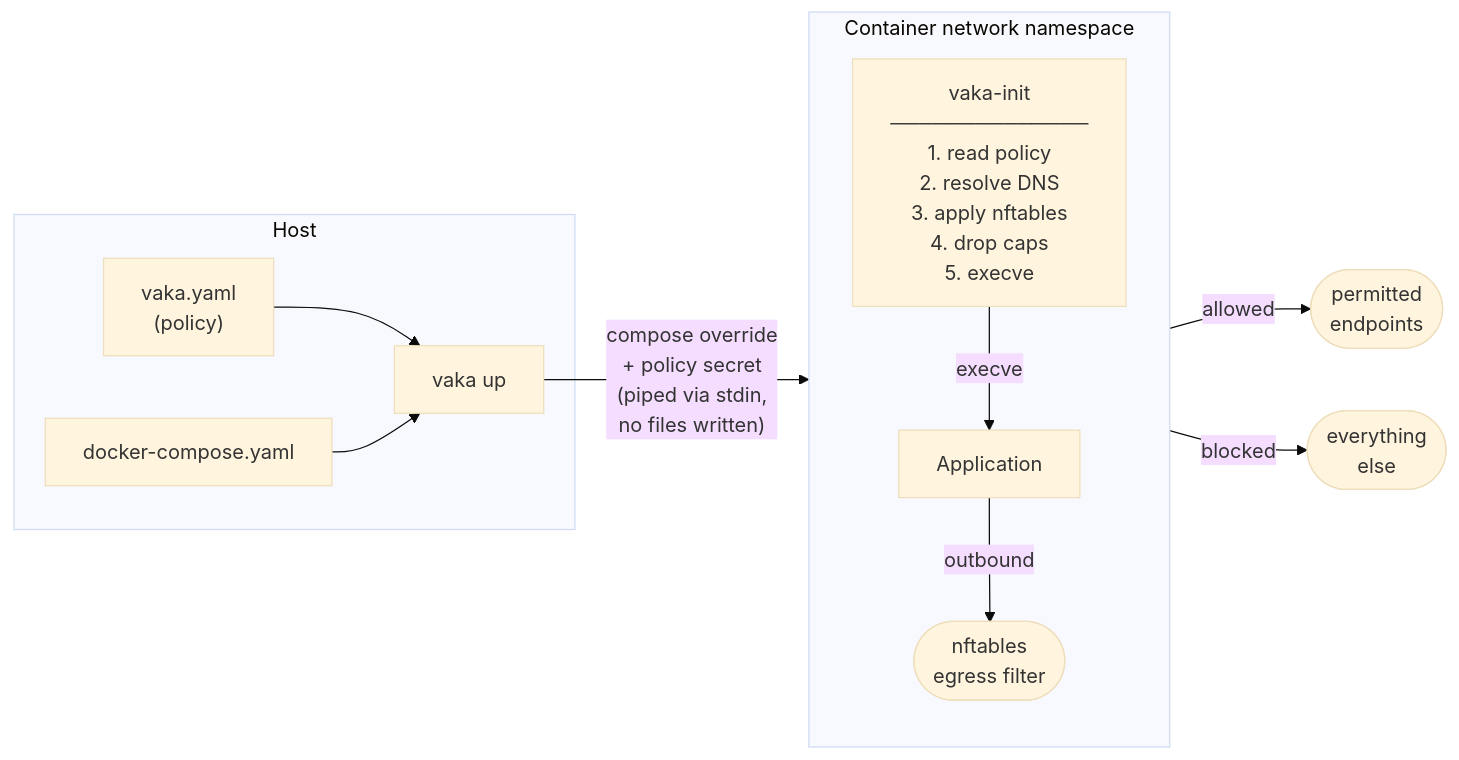
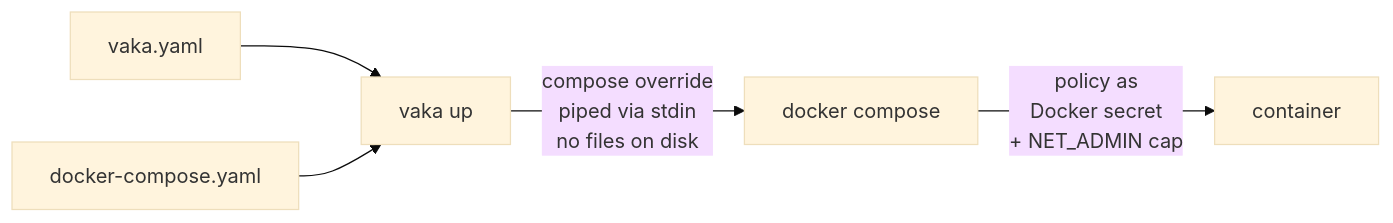
Before and after one commit to infrasecture/vaka: the first of 2 diagrams in README.md, drawn with Mermaid (base theme). The commit also changed other lines of this file and 5 other files, not shown here.

Commit message:
build: Docker-based build script with static enforcement and versioning; fix go.sum; simplify diagrams

````diff
--- a/README.md
+++ b/README.md
@@ -39,23 +41,7 @@
 ```mermaid
 flowchart LR
-    subgraph host["Host"]
-        vf["vaka.yaml\n(policy)"]
-        cf["docker-compose.yaml"]
-        cli["vaka up"]
-    end
-
-    subgraph net["Container network namespace"]
-        direction TB
-        init["vaka-init\n──────────────\n1. read policy\n2. resolve DNS\n3. apply nftables\n4. drop caps\n5. execve"]
-        app["Application"]
-        fw(["nftables\negress filter"])
-    end
-
-    vf --> cli
-    cf --> cli
-    cli -- "compose override\n+ policy secret\n(piped via stdin,\nno files written)" --> init
-    init -- execve --> app
-    app -- outbound --> fw
-    fw -- allowed --> ok(["permitted\nendpoints"])
-    fw -- blocked --> bad(["everything\nelse"])
+    vf["vaka.yaml"] --> cli["vaka up"]
+    cf["docker-compose.yaml"] --> cli
+    cli -- "compose override<br/>piped via stdin<br/>no files on disk" --> dc["docker compose"]
+    dc -- "policy as<br/>Docker secret<br/>+ NET_ADMIN cap" --> c["container"]
 ```
````
